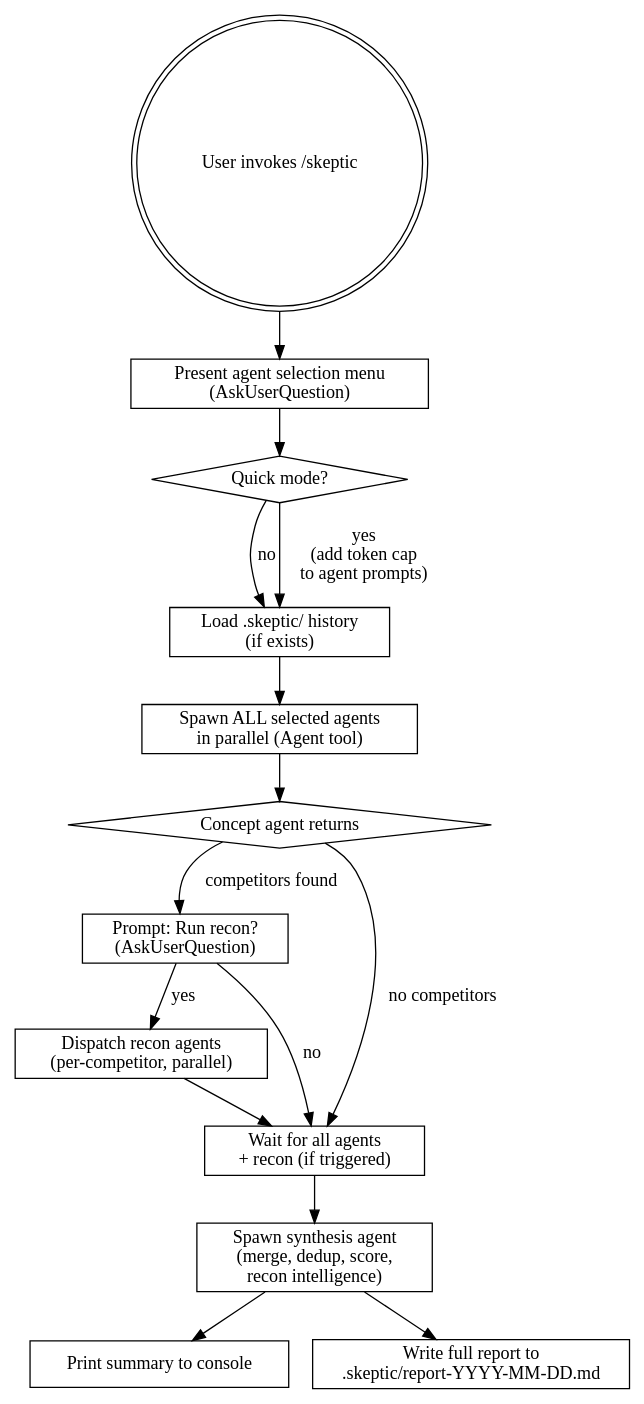
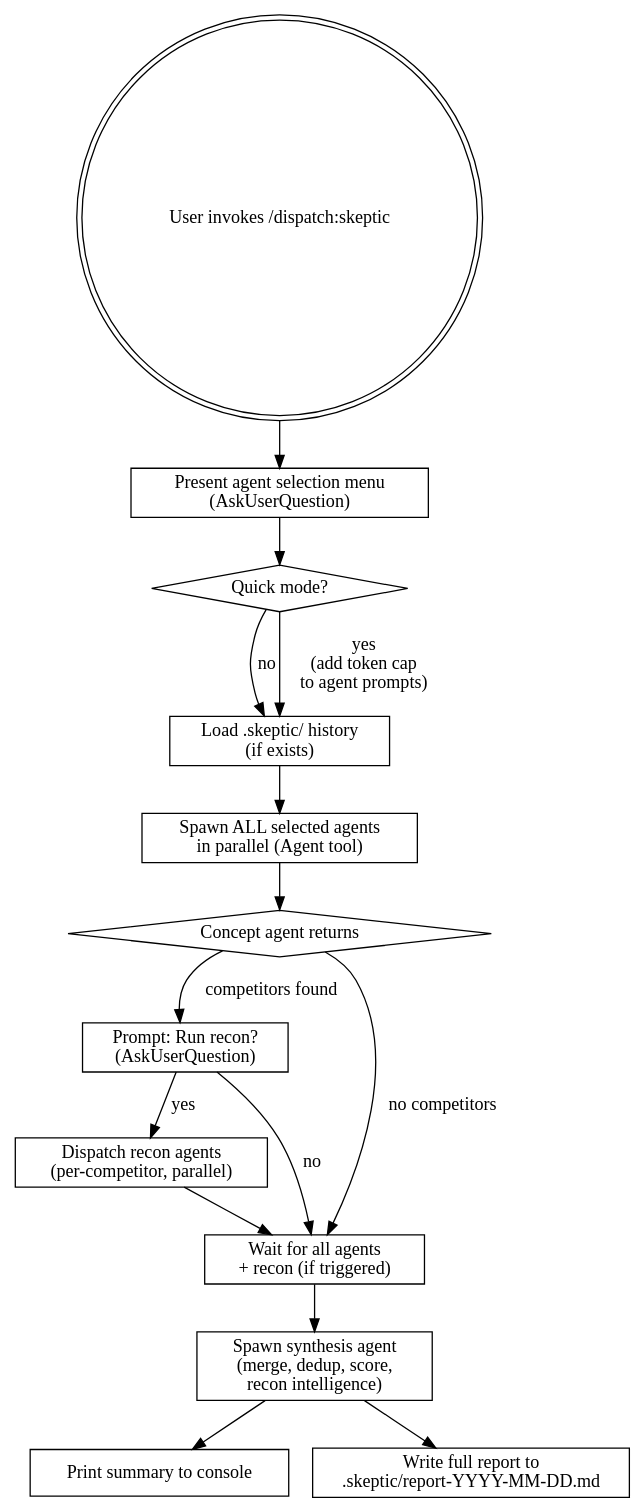
One commit to KwanwooLee36/dispatch changed the diagram in skills/skeptic/SKILL.md. Above: the diagram before and after it, drawn with Graphviz. The commit also changed other lines of this file and 9 other files, not shown here.

````diff
--- a/skills/skeptic/SKILL.md
+++ b/skills/skeptic/SKILL.md
@@ -44,34 +44,34 @@
 ```dot
 digraph skeptic_flow {
     rankdir=TB;
     node [shape=box];
 
-    start [label="User invokes /skeptic" shape=doublecircle];
+    start [label="User invokes /dispatch:skeptic" shape=doublecircle];
     menu [label="Present agent selection menu\n(AskUserQuestion)"];
     quick_check [label="Quick mode?" shape=diamond];
     history [label="Load .skeptic/ history\n(if exists)"];
     dispatch [label="Spawn ALL selected agents\nin parallel (Agent tool)"];
     concept_returns [label="Concept agent returns" shape=diamond];
     recon_prompt [label="Prompt: Run recon?\n(AskUserQuestion)"];
     recon_yes [label="Dispatch recon agents\n(per-competitor, parallel)"];
     wait_all [label="Wait for all agents\n+ recon (if triggered)"];
     synthesis [label="Spawn synthesis agent\n(merge, dedup, score,\nrecon intelligence)"];
     console [label="Print summary to console"];
     file [label="Write full report to\n.skeptic/report-YYYY-MM-DD.md"];
 
     start -> menu;
     menu -> quick_check;
     quick_check -> history [label="no"];
     quick_check -> history [label="yes\n(add token cap\nto agent prompts)"];
     history -> dispatch;
     dispatch -> concept_returns;
     concept_returns -> recon_prompt [label="competitors found"];
     concept_returns -> wait_all [label="no competitors"];
     recon_prompt -> recon_yes [label="yes"];
     recon_prompt -> wait_all [label="no"];
     recon_yes -> wait_all;
     wait_all -> synthesis;
     synthesis -> console;
     synthesis -> file;
 }
 ```
````
